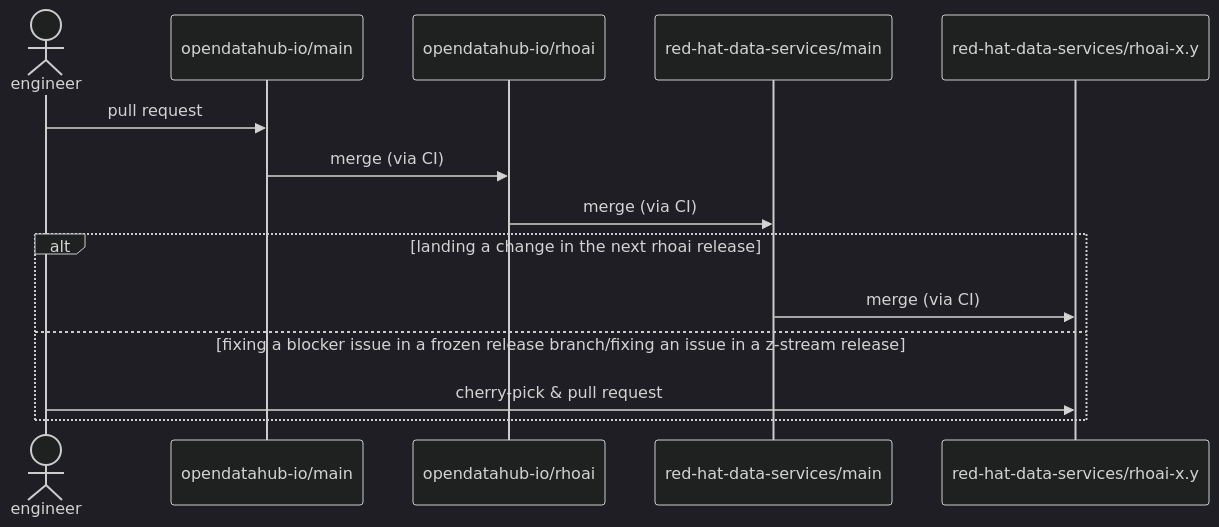
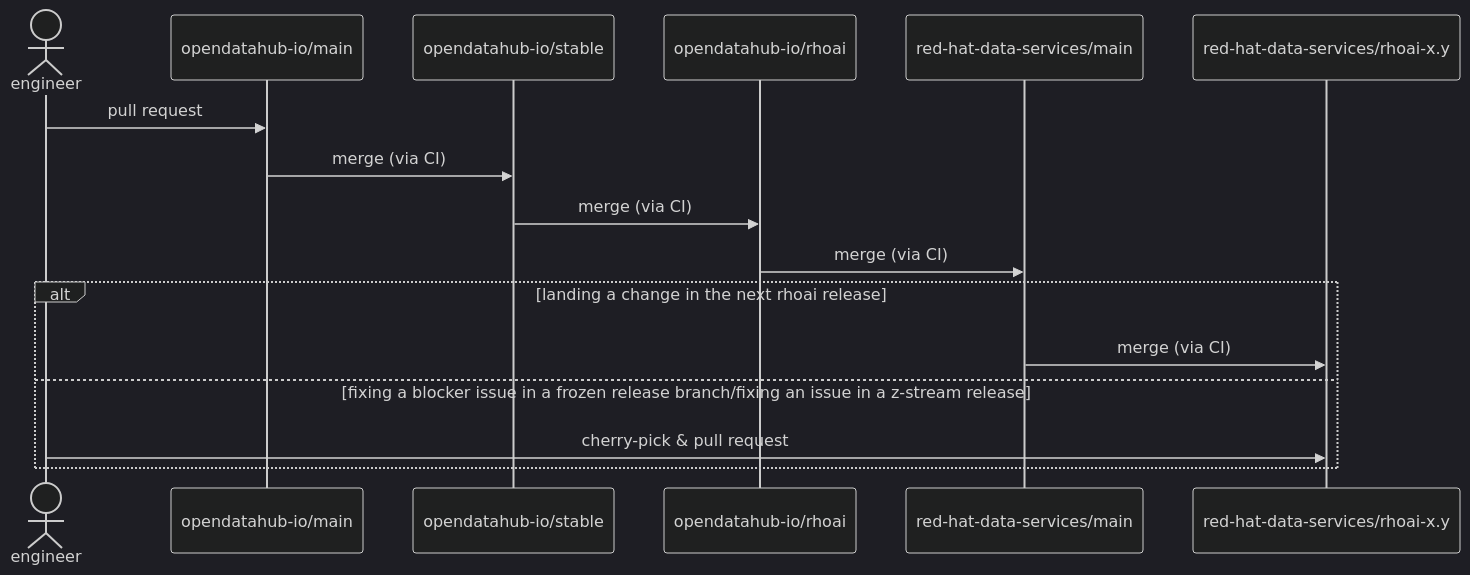
One commit to opendatahub-io/opendatahub-operator changed the second of 2 diagrams in docs/release-workflow-guide.md. Above: the diagram before and after it, drawn with Mermaid (dark theme). The commit also changed other lines of this file and 1 other file, not shown here.

````diff
--- a/docs/release-workflow-guide.md
+++ b/docs/release-workflow-guide.md
@@ -76,17 +90,19 @@
 ```mermaid
 sequenceDiagram
     actor engineer
     participant main as opendatahub-io/main
+    participant stable as opendatahub-io/stable
     participant rhoai as opendatahub-io/rhoai
     participant rhds as red-hat-data-services/main
     participant rhoaixy as red-hat-data-services/rhoai-x.y
 
     engineer ->> main: pull request
-    main ->> rhoai: merge (via CI)
+    main ->> stable: merge (via CI)
+    stable ->> rhoai: merge (via CI)
     rhoai ->> rhds: merge (via CI)
 alt landing a change in the next rhoai release
     rhds ->> rhoaixy: merge (via CI)
 else fixing a blocker issue in a frozen release branch/fixing an issue in a z-stream release
     engineer ->> rhoaixy: cherry-pick & pull request
 end
 ```
````
